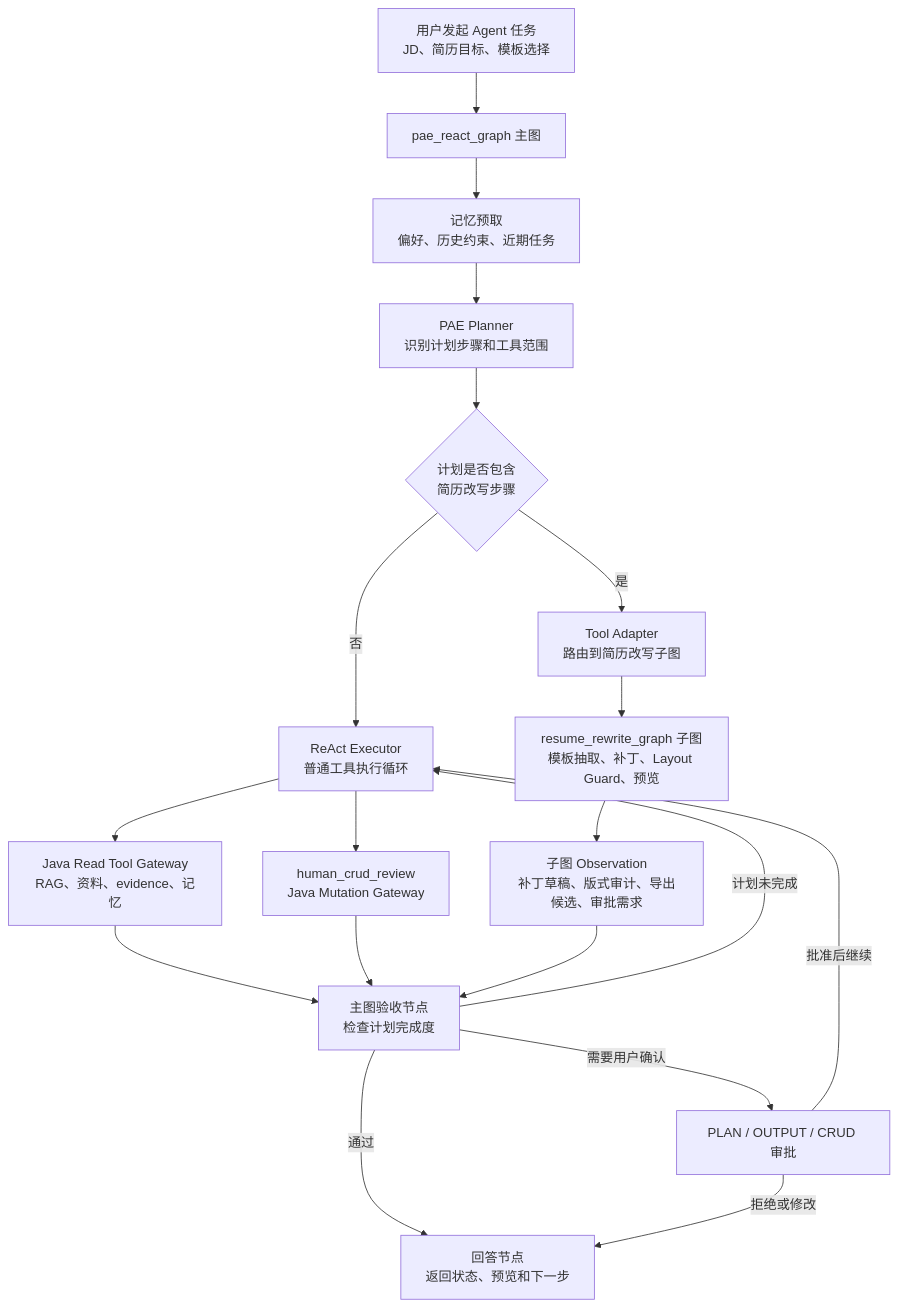
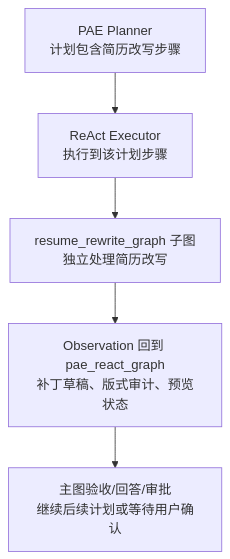
One commit to HeWhenJay/Multimodal-RAG-Agent-Learning-Evidence-Platform changed the fifth of 9 diagrams in README.md. Above: the diagram before and after it, drawn with Mermaid. The commit also changed other lines of this file, not shown here.

Commit message:
docs: 简化 PAE 简历子图关系图

````diff
--- a/README.md
+++ b/README.md
@@ -271,23 +271,7 @@
 ```mermaid
 flowchart TD
-    START["用户发起 Agent 任务<br/>JD、简历目标、模板选择"] --> PAE["pae_react_graph 主图"]
-    PAE --> M0["记忆预取<br/>偏好、历史约束、近期任务"]
-    M0 --> PL["PAE Planner<br/>识别计划步骤和工具范围"]
-    PL --> GATE{"计划是否包含<br/>简历改写步骤"}
-
-    GATE -->|"否"| EXEC["ReAct Executor<br/>普通工具执行循环"]
-    GATE -->|"是"| SUBROUTE["Tool Adapter<br/>路由到简历改写子图"]
-    SUBROUTE --> SUB["resume_rewrite_graph 子图<br/>模板抽取、补丁、Layout Guard、预览"]
-    SUB --> OBS["子图 Observation<br/>补丁草稿、版式审计、导出候选、审批需求"]
-
-    EXEC --> READ["Java Read Tool Gateway<br/>RAG、资料、evidence、记忆"]
-    EXEC --> MUTATION["human_crud_review<br/>Java Mutation Gateway"]
-    READ --> ACCEPT["主图验收节点<br/>检查计划完成度"]
-    MUTATION --> ACCEPT
-    OBS --> ACCEPT
-    ACCEPT -->|"计划未完成"| EXEC
-    ACCEPT -->|"需要用户确认"| REVIEW["PLAN / OUTPUT / CRUD 审批"]
-    ACCEPT -->|"通过"| ANSWER["回答节点<br/>返回状态、预览和下一步"]
-    REVIEW -->|"批准后继续"| EXEC
-    REVIEW -->|"拒绝或修改"| ANSWER
+    PL["PAE Planner<br/>计划包含简历改写步骤"] --> EXEC["ReAct Executor<br/>执行到该计划步骤"]
+    EXEC --> SUB["resume_rewrite_graph 子图<br/>独立处理简历改写"]
+    SUB --> OBS["Observation 回到 pae_react_graph<br/>补丁草稿、版式审计、预览状态"]
+    OBS --> ACCEPT["主图验收/回答/审批<br/>继续后续计划或等待用户确认"]
 ```
````
